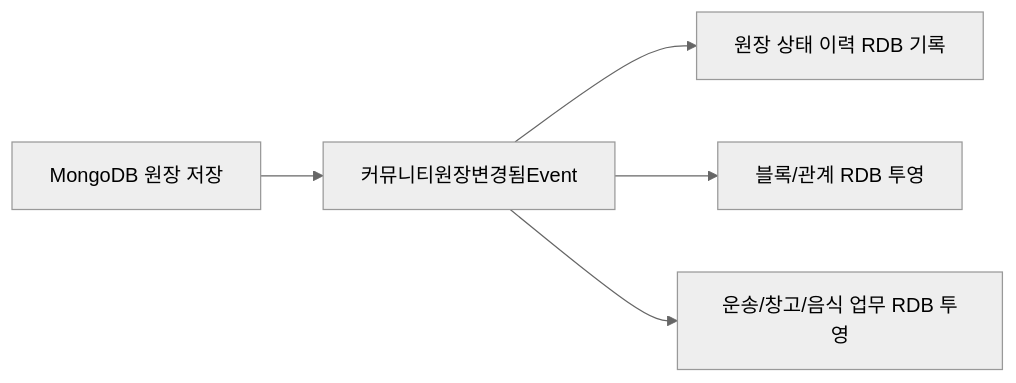
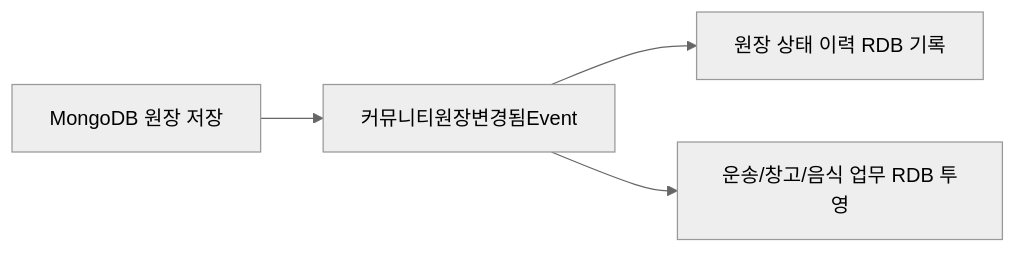
One commit to cheolwo/hongdal changed the first of 2 diagrams in docs/Architecture/CommandEvent리팩토링원칙.md. Above: the diagram before and after it, drawn with Mermaid (neutral theme). The commit also changed other lines of this file and 4 other files, not shown here.

````diff
--- a/docs/Architecture/CommandEvent리팩토링원칙.md
+++ b/docs/Architecture/CommandEvent리팩토링원칙.md
@@ -85,7 +85,6 @@
 ```mermaid
 flowchart LR
     A["MongoDB 원장 저장"] --> B["커뮤니티원장변경됨Event"]
     B --> C["원장 상태 이력 RDB 기록"]
-    B --> D["블록/관계 RDB 투영"]
-    B --> E["운송/창고/음식 업무 RDB 투영"]
+    B --> D["운송/창고/음식 업무 RDB 투영"]
 ```
````
